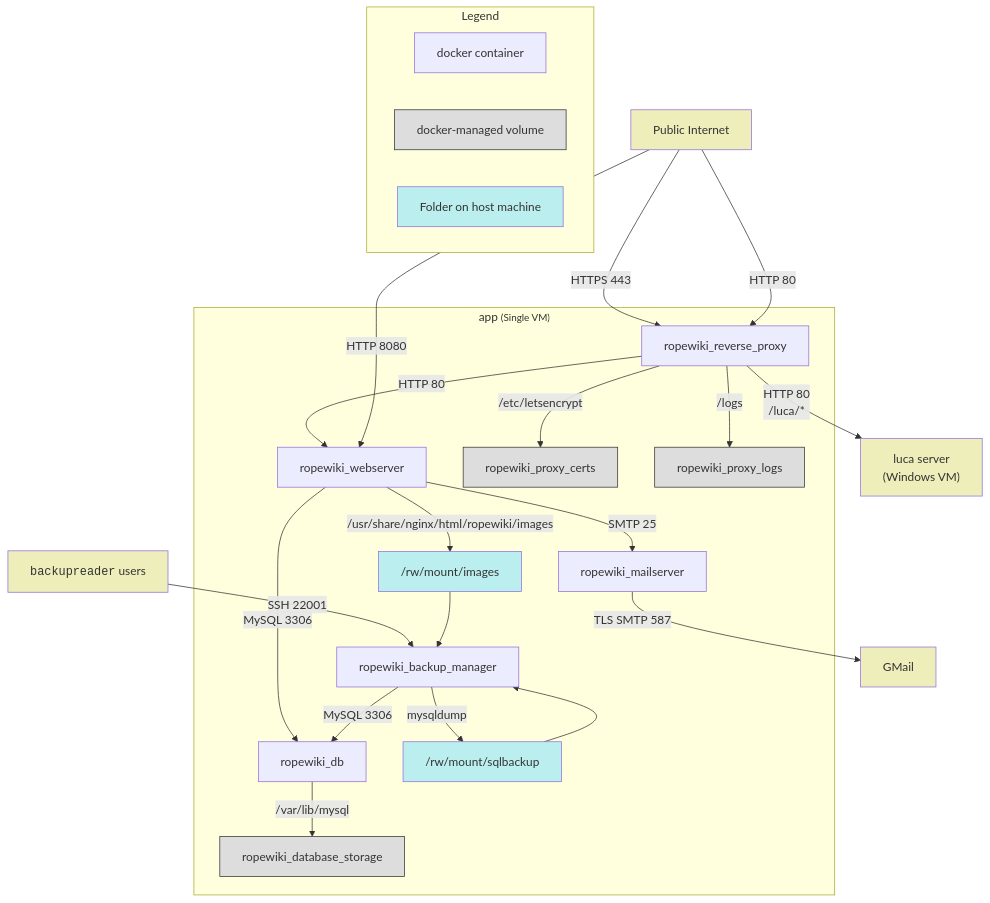
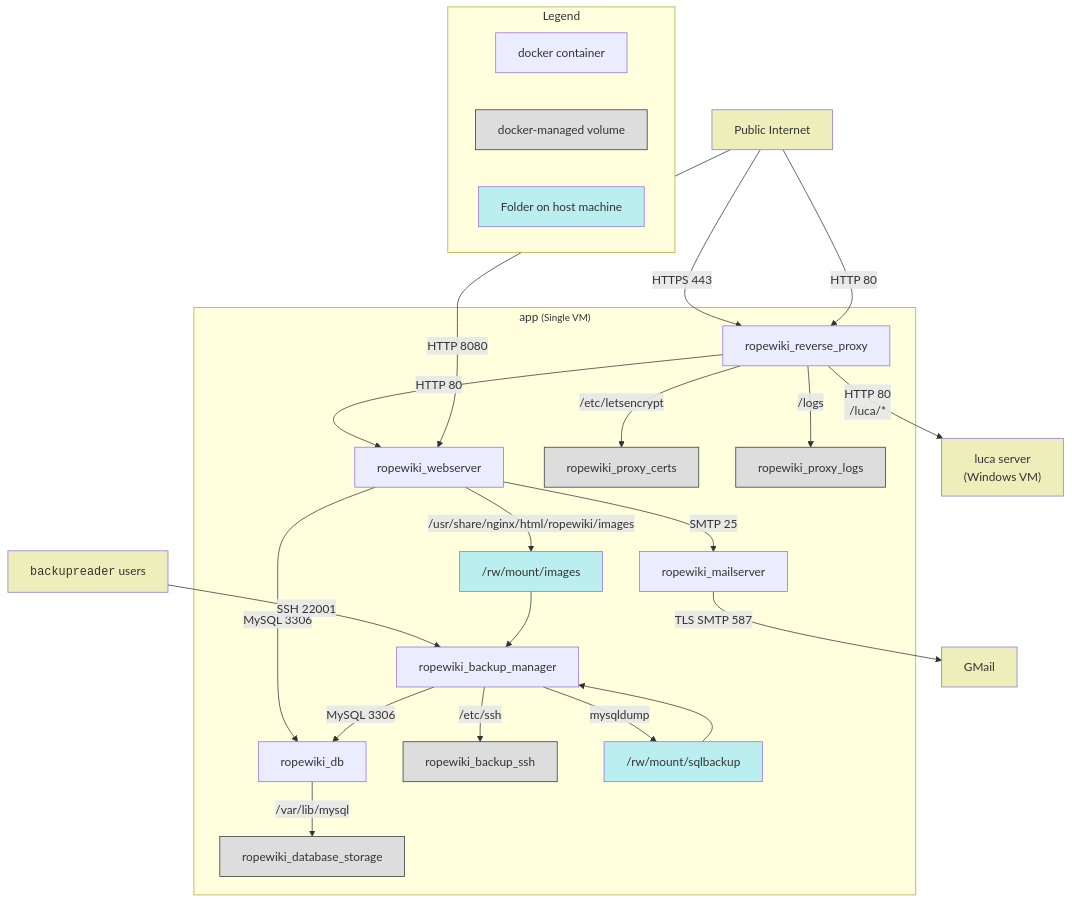
One commit to RopeWiki/app changed the diagram in README.md. Above: the diagram before and after it, drawn with Mermaid. The commit also changed 4 other files, not shown here.

````diff
--- a/README.md
+++ b/README.md
@@ -11,69 +11,72 @@
 ```mermaid
 flowchart TD;
     classDef volume fill:#dddddd,stroke:#333,stroke-width:1px
     classDef external fill:#eeeebb
     classDef folder fill:#bbeeee
 
     subgraph app["app <small>(Single VM)</small>"]
         ropewiki_db
         click ropewiki_db "https://github.com/RopeWiki/app/tree/master/database" "MySQL database with non-file site data"
 
         ropewiki_webserver
         click ropewiki_webserver "https://github.com/RopeWiki/app/tree/master/webserver" "MediaWiki server and file-based site data/uploads"
 
         ropewiki_reverse_proxy
         click ropewiki_reverse_proxy "https://github.com/RopeWiki/app/tree/master/reverse_proxy" "TLS termination and redirects"
 
         ropewiki_backup_manager
         click ropewiki_backup_manager "https://github.com/RopeWiki/app/tree/master/backup_manager" "Exposes site data for backup"
 
         ropewiki_mailserver
         click ropewiki_mailserver "https://github.com/RopeWiki/app/tree/master/mailserver" "SMTP relay server to send email"
 
         ropewiki_database_storage@{shape:cyl}
         class ropewiki_database_storage volume
         ropewiki_proxy_certs@{shape:cyl}
         class ropewiki_proxy_certs volume
         ropewiki_proxy_logs@{shape:cyl}
         class ropewiki_proxy_logs volume
+        ropewiki_backup_ssh@{shape:cyl}
+        class ropewiki_backup_ssh volume
 
         images["/rw/mount/images"]@{shape:cyl}
         class images folder
         sqlbackup["/rw/mount/sqlbackup"]@{shape:cyl}
         class sqlbackup folder
     end
 
     Internet["Public Internet"]
     class Internet external
     backupreader["<code>backupreader</code> users"]
     class backupreader external
     click backupreader "https://github.com/RopeWiki/app/tree/master/backup_manager/pubkeys"
     GMail
     class GMail external
 
     luca_server["luca server<br>(Windows VM)"]
     click luca_server "https://github.com/RopeWiki/RWServer"
     class luca_server external
 
     ropewiki_webserver -- MySQL 3306 --> ropewiki_db -- /var/lib/mysql --> ropewiki_database_storage
     ropewiki_webserver -- /usr/share/nginx/html/ropewiki/images --> images
     ropewiki_webserver -- SMTP 25 --> ropewiki_mailserver -- TLS SMTP 587 --> GMail
     ropewiki_reverse_proxy -- HTTP 80 --> ropewiki_webserver
     ropewiki_reverse_proxy -- HTTP 80<br>/luca/* --> luca_server
     Internet -- HTTP 8080 --> ropewiki_webserver
     Internet -- HTTPS 443 --> ropewiki_reverse_proxy
     Internet -- HTTP 80 --> ropewiki_reverse_proxy
     backupreader -- SSH 22001 --> ropewiki_backup_manager -- MySQL 3306 --> ropewiki_db
     ropewiki_backup_manager -- mysqldump --> sqlbackup --> ropewiki_backup_manager
     images --> ropewiki_backup_manager
+    ropewiki_backup_manager -- /etc/ssh --> ropewiki_backup_ssh
     ropewiki_reverse_proxy -- /etc/letsencrypt --> ropewiki_proxy_certs
     ropewiki_reverse_proxy -- /logs --> ropewiki_proxy_logs
 
     subgraph Legend
         Container["docker container"]
         Volume["docker-managed volume"]
         class Volume volume
         Folder["Folder on host machine"]
         class Folder folder
     end
 ```
````
